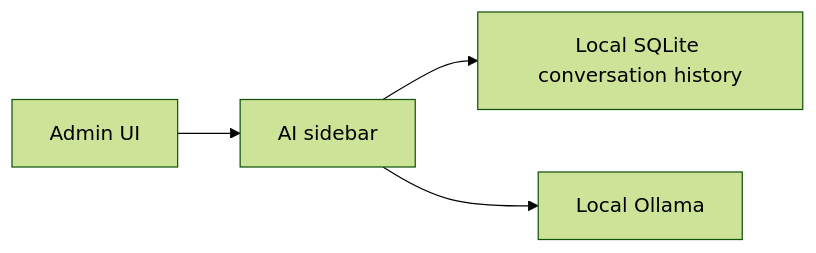
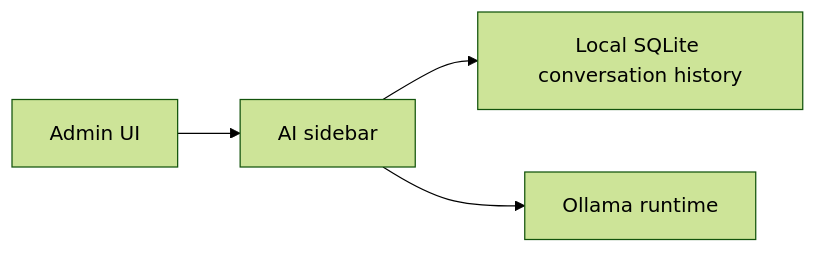
Before and after one commit to BootlegYouki/at-iba-pa-pos: the first of 2 diagrams in docs/08-ai-agent.md, drawn with Mermaid (forest theme). The commit also changed other lines of this file and 6 other files, not shown here.

Commit message:
feat: Update README and documentation for Ollama runtime integration and mobile app status

````diff
--- a/docs/08-ai-agent.md
+++ b/docs/08-ai-agent.md
@@ -13,6 +13,6 @@
 ```mermaid
 flowchart LR
     AdminUI["Admin UI"] --> Sidebar["AI sidebar"]
     Sidebar --> LocalDB["Local SQLite conversation history"]
-    Sidebar --> Ollama["Local Ollama"]
+    Sidebar --> Ollama["Ollama runtime"]
 ```
````
